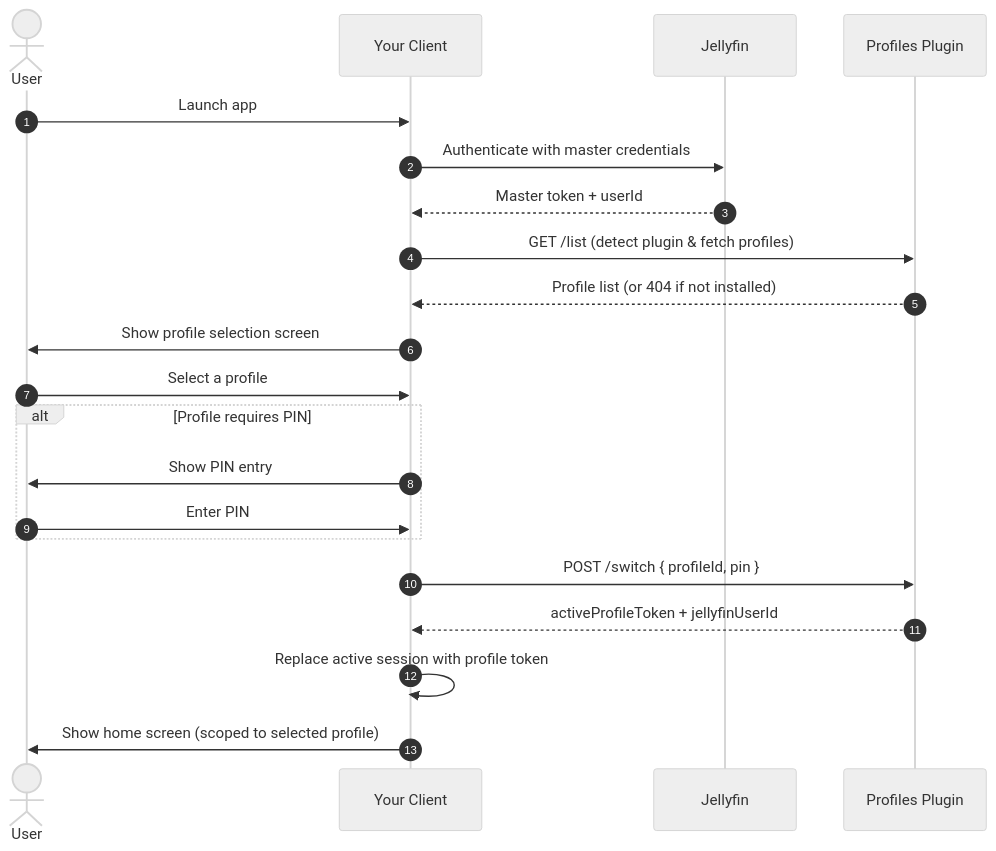
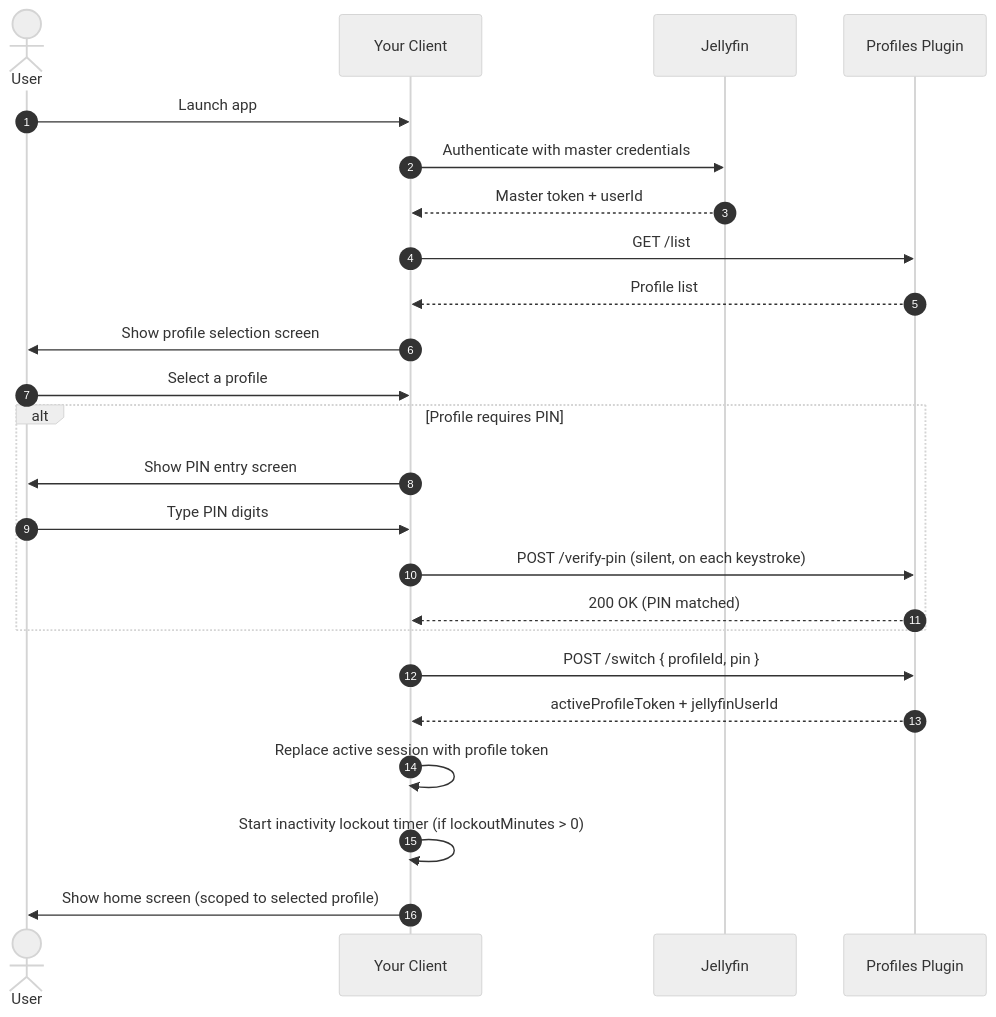
One commit to AHouseOfBards/Bonfire-JellyProfiles changed the diagram in docs/developer-api.md. Above: the diagram before and after it, drawn with Mermaid (neutral theme). The commit also changed other lines of this file and 1 other file, not shown here.

````diff
--- a/docs/developer-api.md
+++ b/docs/developer-api.md
@@ -194,24 +142,27 @@
 ```mermaid
 sequenceDiagram
     autonumber
     actor User
     participant App as Your Client
     participant Jellyfin
     participant Plugin as Profiles Plugin
 
     User->>App: Launch app
     App->>Jellyfin: Authenticate with master credentials
     Jellyfin-->>App: Master token + userId
-    App->>Plugin: GET /list (detect plugin & fetch profiles)
-    Plugin-->>App: Profile list (or 404 if not installed)
+    App->>Plugin: GET /list
+    Plugin-->>App: Profile list
     App->>User: Show profile selection screen
     User->>App: Select a profile
     alt Profile requires PIN
-        App->>User: Show PIN entry
-        User->>App: Enter PIN
+        App->>User: Show PIN entry screen
+        User->>App: Type PIN digits
+        App->>Plugin: POST /verify-pin (silent, on each keystroke)
+        Plugin-->>App: 200 OK (PIN matched)
     end
     App->>Plugin: POST /switch { profileId, pin }
     Plugin-->>App: activeProfileToken + jellyfinUserId
     App->>App: Replace active session with profile token
+    App->>App: Start inactivity lockout timer (if lockoutMinutes > 0)
     App->>User: Show home screen (scoped to selected profile)
 ```
````
